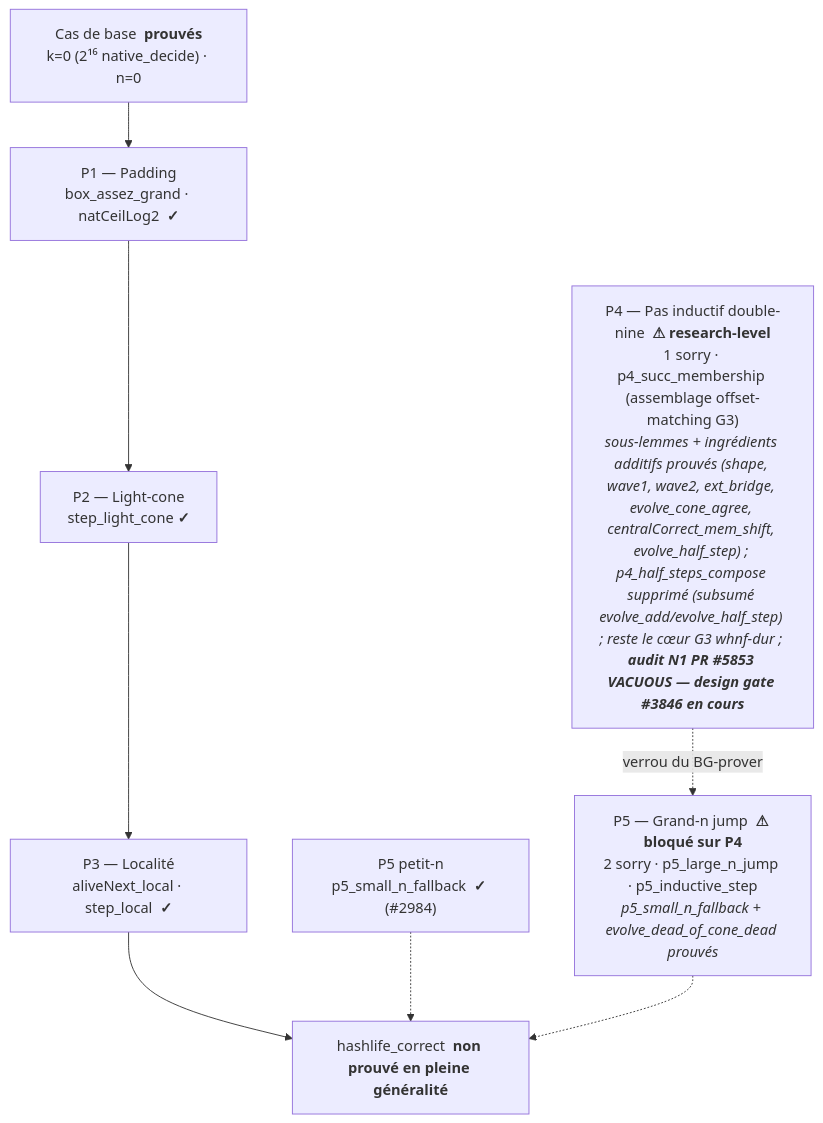
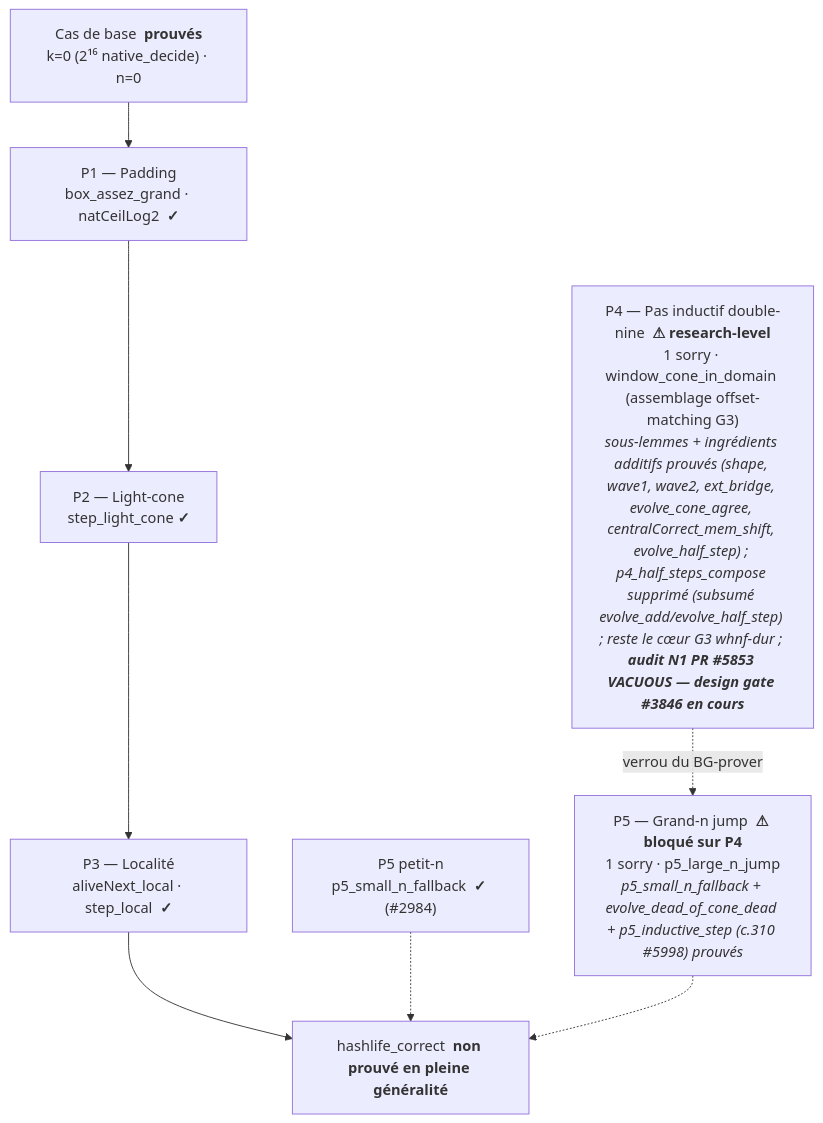
The second of 2 diagrams in MyIA.AI.Notebooks/SymbolicAI/Lean/conway_lean/README.md (jsboige/CoursIA), drawn with Mermaid before and after one commit. The commit also changed other lines of this file and 1 other file, not shown here.

First line of the commit message:
docs(conway-lean): de-stalle README status (sorry 3→2, c.310 P5.3 close, 3 modules ajoutés)

````diff
--- a/MyIA.AI.Notebooks/SymbolicAI/Lean/conway_lean/README.md
+++ b/MyIA.AI.Notebooks/SymbolicAI/Lean/conway_lean/README.md
@@ -154,15 +160,15 @@
 ```mermaid
 flowchart TD
     BASE["Cas de base  <b>prouvés</b><br/>k=0 (2¹⁶ native_decide) · n=0"]
     P1["P1 — Padding<br/>box_assez_grand · natCeilLog2  <b>✓</b>"]
     P2["P2 — Light-cone<br/>step_light_cone  <b>✓</b>"]
     P3["P3 — Localité<br/>aliveNext_local · step_local  <b>✓</b>"]
     P5S["P5 petit-n<br/>p5_small_n_fallback  <b>✓</b> (#2984)"]
-    P4["P4 — Pas inductif double-nine  <b>⚠ research-level</b><br/>1 sorry · p4_succ_membership (assemblage offset-matching G3)<br/><i>sous-lemmes + ingrédients additifs prouvés (shape, wave1, wave2, ext_bridge, evolve_cone_agree, centralCorrect_mem_shift, evolve_half_step) ; p4_half_steps_compose supprimé (subsumé evolve_add/evolve_half_step) ; reste le cœur G3 whnf-dur ; <b>audit N1 PR #5853 VACUOUS — design gate #3846 en cours</b></i>"]
-    P5["P5 — Grand-n jump  <b>⚠ bloqué sur P4</b><br/>2 sorry · p5_large_n_jump · p5_inductive_step<br/><i>p5_small_n_fallback + evolve_dead_of_cone_dead prouvés</i>"]
+    P4["P4 — Pas inductif double-nine  <b>⚠ research-level</b><br/>1 sorry · window_cone_in_domain (assemblage offset-matching G3)<br/><i>sous-lemmes + ingrédients additifs prouvés (shape, wave1, wave2, ext_bridge, evolve_cone_agree, centralCorrect_mem_shift, evolve_half_step) ; p4_half_steps_compose supprimé (subsumé evolve_add/evolve_half_step) ; reste le cœur G3 whnf-dur ; <b>audit N1 PR #5853 VACUOUS — design gate #3846 en cours</b></i>"]
+    P5["P5 — Grand-n jump  <b>⚠ bloqué sur P4</b><br/>1 sorry · p5_large_n_jump<br/><i>p5_small_n_fallback + evolve_dead_of_cone_dead + p5_inductive_step (c.310 #5998) prouvés</i>"]
     GOAL["hashlife_correct  <b>non prouvé en pleine généralité</b>"]
 
     BASE --> P1 --> P2 --> P3 --> GOAL
     P5S -.-> GOAL
     P4 -.->|"verrou du BG-prover"| P5 -.-> GOAL
 ```
````
